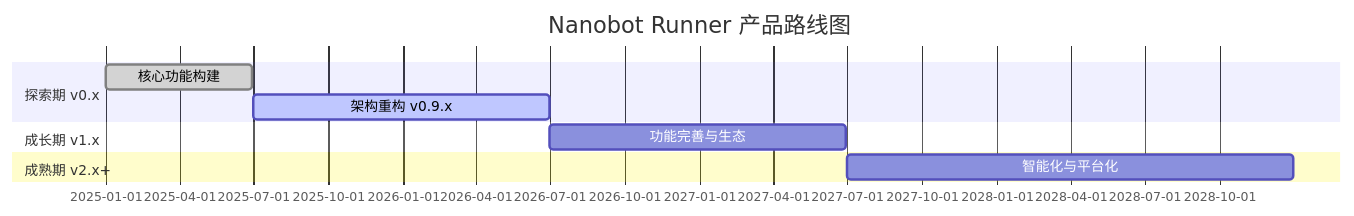
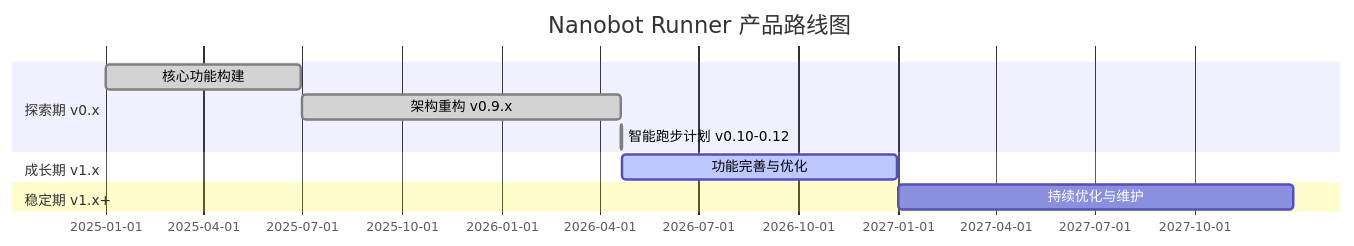
The diagram in docs/product/产品规划方案.md (yecllsl/nanobot-runner), drawn with Mermaid before and after one commit. The commit also changed other lines of this file and 1 other file, not shown here.

````diff
--- a/docs/product/产品规划方案.md
+++ b/docs/product/产品规划方案.md
@@ -65,15 +76,16 @@
 ```mermaid
 gantt
     title Nanobot Runner 产品路线图
     dateFormat  YYYY-MM-DD
     
     section 探索期 v0.x
     核心功能构建           :done, 2025-01-01, 2025-06-30
-    架构重构 v0.9.x        :active, 2025-07-01, 2026-06-30
+    架构重构 v0.9.x        :done, 2025-07-01, 2026-04-20
+    智能跑步计划 v0.10-0.12 :done, 2026-04-20, 2026-04-22
     
     section 成长期 v1.x
-    功能完善与生态         :2026-07-01, 2027-06-30
+    功能完善与优化         :active, 2026-04-22, 2026-12-31
     
-    section 成熟期 v2.x+
-    智能化与平台化         :2027-07-01, 2028-12-31
+    section 稳定期 v1.x+
+    持续优化与维护         :2027-01-01, 2027-12-31
 ```
````
